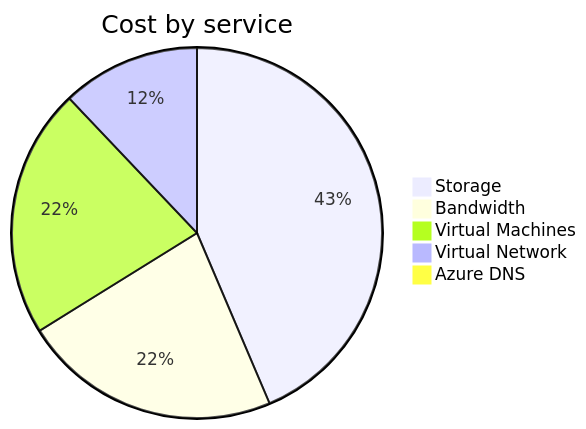
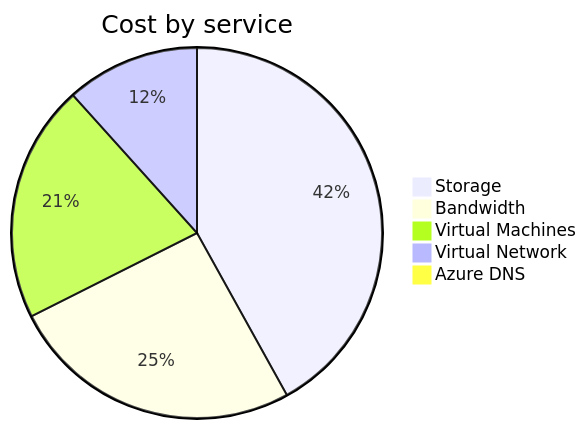
One commit to jpfulton/azure-personal-reports changed the second of 4 diagrams in cost-reports/personal-network/README.md. Above: the diagram before and after it, drawn with Mermaid. The commit also changed other lines of this file and 8 other files, not shown here.

````diff
--- a/cost-reports/personal-network/README.md
+++ b/cost-reports/personal-network/README.md
@@ -99,9 +99,9 @@
 ```mermaid
 pie
    title Cost by service
-   "Storage" : 5.99
-   "Bandwidth" : 3.10
-   "Virtual Machines" : 2.99
-   "Virtual Network" : 1.66
-   "Azure DNS" : 0.11
+   "Storage" : 6.87
+   "Bandwidth" : 4.20
+   "Virtual Machines" : 3.40
+   "Virtual Network" : 1.91
+   "Azure DNS" : 0.13
 ```
````
